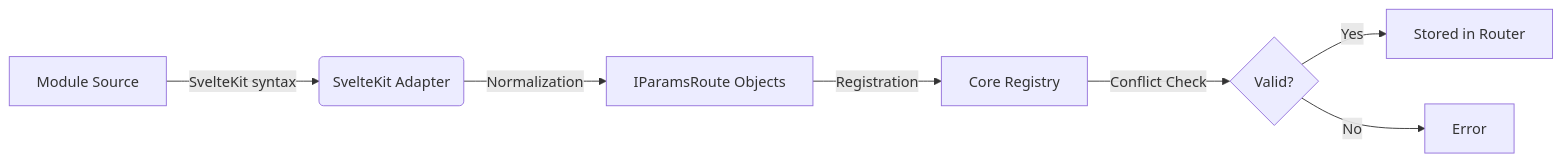
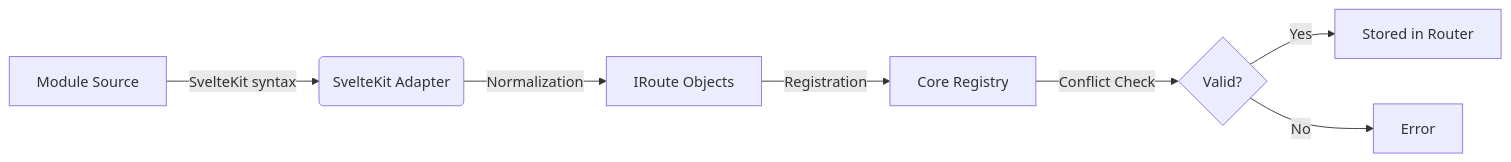
Before and after one commit to reidlai/virtual-module-core: the first of 2 diagrams in specs/001-sveltekit-routing/data-model.md, drawn with Mermaid. The commit also changed other lines of this file and 46 other files, not shown here.

Commit message:
refactor: unify IParamsRoute to IRoute, normalize docs and specs, bump version to 0.1.1

````diff
--- a/specs/001-sveltekit-routing/data-model.md
+++ b/specs/001-sveltekit-routing/data-model.md
@@ -89,9 +89,9 @@
 ```mermaid
 graph LR
     A[Module Source] -->|SvelteKit syntax| B(SvelteKit Adapter)
-    B -->|Normalization| C[IParamsRoute Objects]
+    B -->|Normalization| C[IRoute Objects]
     C -->|Registration| D[Core Registry]
     D -->|Conflict Check| E{Valid?}
     E -->|Yes| F[Stored in Router]
     E -->|No| G[Error]
 ```
````
